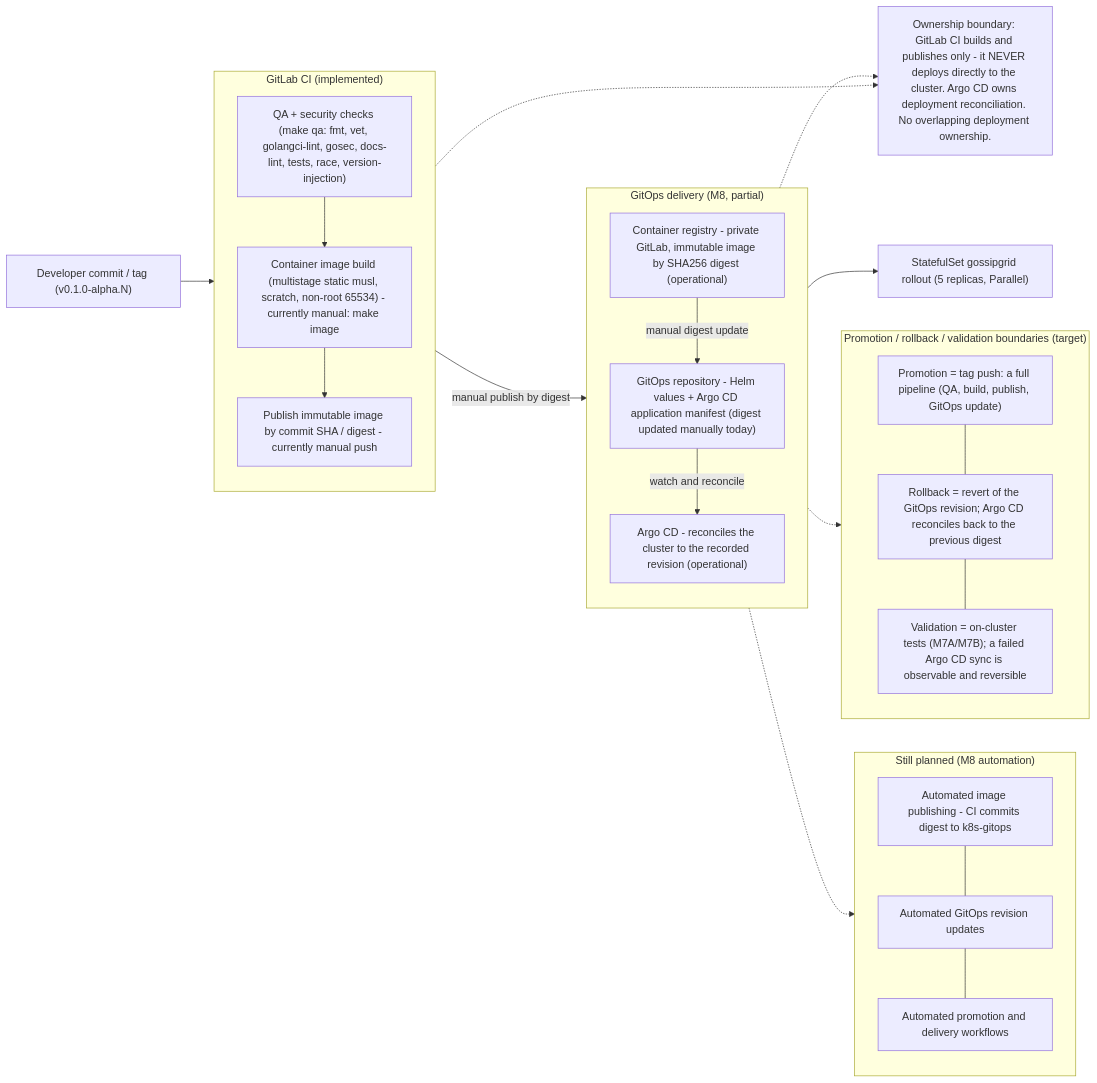
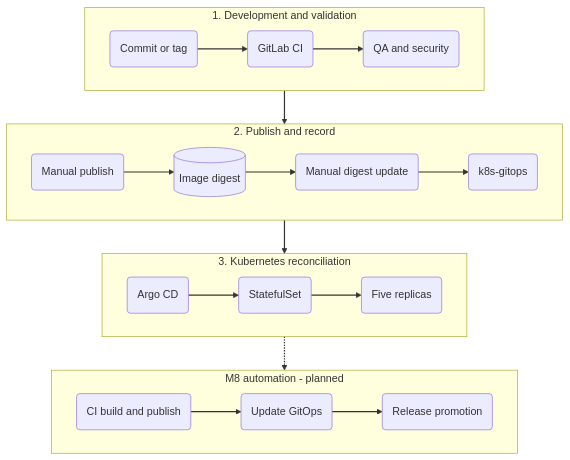
The diagram in docs/diagrams/gitops-delivery.mmd (hirebrianm/gossipgrid), drawn with Mermaid before and after one commit. The commit also changed 79 other files, not shown here.

```diff
--- a/docs/diagrams/gitops-delivery.mmd
+++ b/docs/diagrams/gitops-delivery.mmd
@@ -1,45 +1,35 @@
-flowchart LR
-  DEV["Developer commit / tag (v0.1.0-alpha.N)"]
-  DEV --> CI
-
-  subgraph CILAB["GitLab CI (implemented)"]
-    direction TB
-    CI["QA + security checks (make qa: fmt, vet, golangci-lint, gosec, docs-lint, tests, race, version-injection)"]
-    IMG["Container image build (multistage static musl, scratch, non-root 65534) - currently manual: make image"]
-    PUBLISH["Publish immutable image by commit SHA / digest - currently manual push"]
-    CI --> IMG --> PUBLISH
+flowchart TB
+  subgraph S1["1. Development and validation"]
+    direction LR
+    DEV("Commit or tag") --> CI("GitLab CI") --> QA("QA and security")
   end
 
-  subgraph M8["GitOps delivery (M8, partial)"]
-    direction TB
-    REG["Container registry - private GitLab, immutable image by SHA256 digest (operational)"]
-    GOREPO["GitOps repository - Helm values + Argo CD application manifest (digest updated manually today)"]
-    ARGO["Argo CD - reconciles the cluster to the recorded revision (operational)"]
-    PUBLISH -->|manual publish by digest| REG
-    REG -->|manual digest update| GOREPO
-    GOREPO -->|watch and reconcile| ARGO
+  subgraph S2["2. Publish and record"]
+    direction LR
+    PUB("Manual publish") --> REG[("Image digest")]
+    REG --> DIG("Manual digest update")
+    DIG --> REPO("k8s-gitops")
   end
 
-  ARGO --> K8S["StatefulSet gossipgrid rollout (5 replicas, Parallel)"]
-
-  subgraph PLANNED["Still planned (M8 automation)"]
-    direction TB
-    AUTO["Automated image publishing - CI commits digest to k8s-gitops"]
-    AUTOREV["Automated GitOps revision updates"]
-    PROMOTE["Automated promotion and delivery workflows"]
-    AUTO --- AUTOREV --- PROMOTE
+  subgraph S3["3. Kubernetes reconciliation"]
+    direction LR
+    ARGO("Argo CD") --> STS("StatefulSet")
+    STS --> PODS("Five replicas")
   end
 
-  subgraph BOUND["Promotion / rollback / validation boundaries (target)"]
-    direction TB
-    PROMO["Promotion = tag push: a full pipeline (QA, build, publish, GitOps update)"]
-    ROLLBACK["Rollback = revert of the GitOps revision; Argo CD reconciles back to the previous digest"]
-    VALIDATE["Validation = on-cluster tests (M7A/M7B); a failed Argo CD sync is observable and reversible"]
-    PROMO --- ROLLBACK --- VALIDATE
+  subgraph S4["M8 automation - planned"]
+    direction LR
+    AUTO("CI build and publish") --> UPDATE("Update GitOps")
+    UPDATE --> PROMOTE("Release promotion")
   end
-  GOREPO -.-> BOUND
-  GOREPO -.-> PLANNED
 
-  NOTE["Ownership boundary: GitLab CI builds and publishes only - it NEVER deploys directly to the cluster. Argo CD owns deployment reconciliation. No overlapping deployment ownership."]
-  CI -.-> NOTE
-  ARGO -.-> NOTE
+  S1 --> S2
+  S2 --> S3
+  S3 -.-> S4
+
+  class DEV,CI,STS,PODS,REG new
+  class QA new
+  class PUB,DIG missed
+  class REPO,ARGO metadata
+  class AUTO,UPDATE,PROMOTE planned
+  linkStyle default stroke-width:1.8px
```
